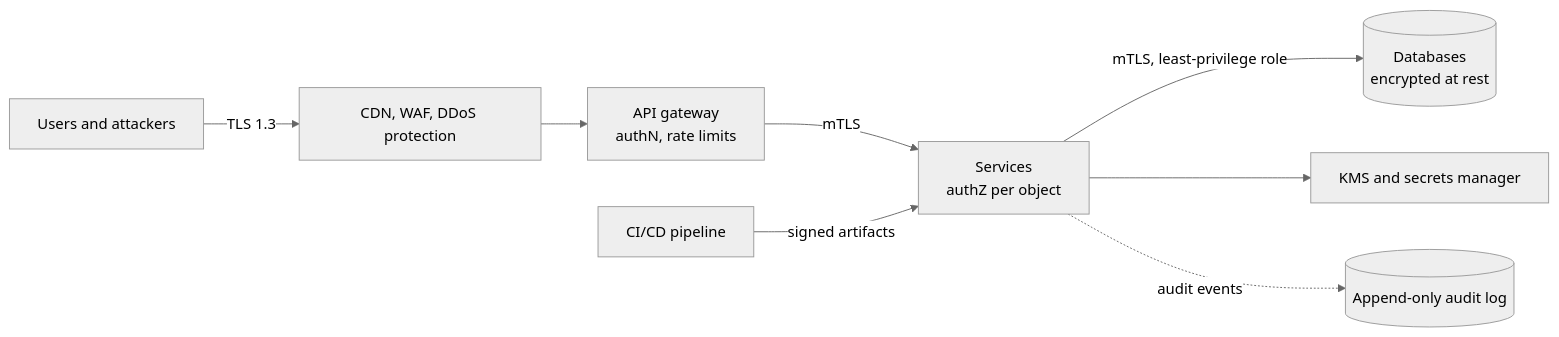
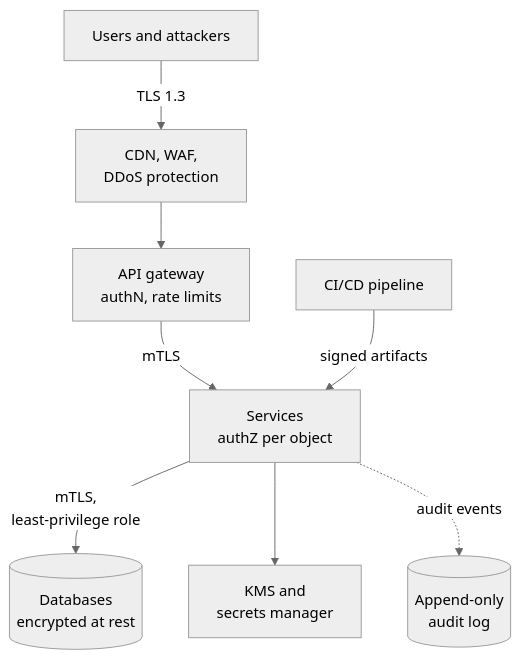
The first of 3 diagrams in src/content/docs/reliability/security.mdx (butyavk/system-design), drawn with Mermaid (neutral theme) before and after one commit. The commit also changed other lines of this file and 144 other files, not shown here.

````diff
--- a/src/content/docs/reliability/security.mdx
+++ b/src/content/docs/reliability/security.mdx
@@ -31,10 +31,10 @@
 ```mermaid
-flowchart LR
-  user["Users and attackers"] -- "TLS 1.3" --> edge["CDN, WAF, DDoS protection"]
+flowchart TB
+  user["Users and attackers"] -- "TLS 1.3" --> edge["CDN, WAF,<br/>DDoS protection"]
   edge --> gw["API gateway<br/>authN, rate limits"]
   gw -- "mTLS" --> svc["Services<br/>authZ per object"]
-  svc -- "mTLS, least-privilege role" --> db[("Databases<br/>encrypted at rest")]
-  svc --> kms["KMS and secrets manager"]
   ci["CI/CD pipeline"] -- "signed artifacts" --> svc
-  svc -. "audit events" .-> audit[("Append-only audit log")]
+  svc -- "mTLS,<br/>least-privilege role" --> db[("Databases<br/>encrypted at rest")]
+  svc --> kms["KMS and<br/>secrets manager"]
+  svc -. "audit events" .-> audit[("Append-only<br/>audit log")]
 ```
````
